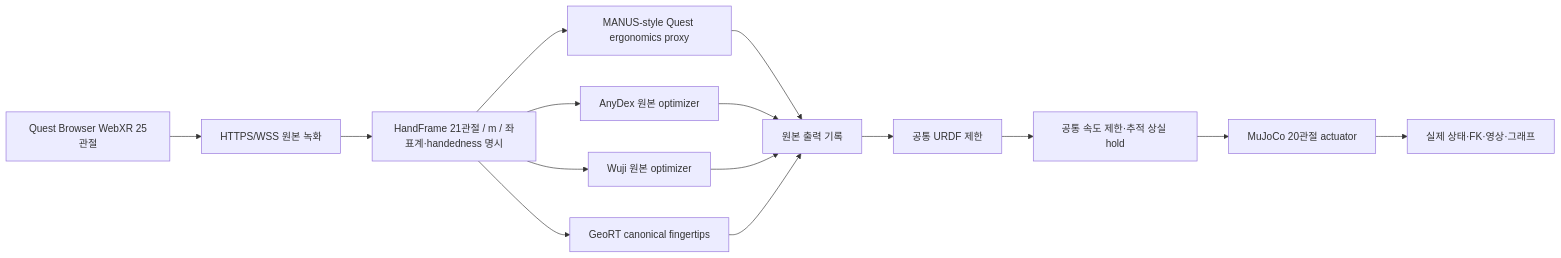
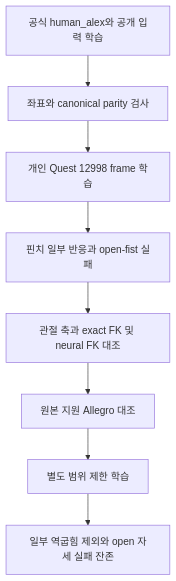
The second of 2 diagrams in README.md (Seungtae451/hand_teleoperation), drawn with Mermaid before and after one commit. The commit also changed other lines of this file, not shown here.

````diff
--- a/README.md
+++ b/README.md
@@ -191,17 +632,10 @@
 ```mermaid
-flowchart LR
-    Q[Quest Browser WebXR 25관절] --> R[HTTPS/WSS 원본 녹화]
-    R --> H[HandFrame 21관절 / m / 좌표계·handedness 명시]
-    H --> A[MANUS-style Quest ergonomics proxy]
-    H --> B[AnyDex 원본 optimizer]
-    H --> C[Wuji 원본 optimizer]
-    H --> D[GeoRT canonical fingertips]
-    A --> O[원본 출력 기록]
-    B --> O
-    C --> O
-    D --> O
-    O --> L[공통 URDF 제한]
-    L --> S[공통 속도 제한·추적 상실 hold]
-    S --> M[MuJoCo 20관절 actuator]
-    M --> V[실제 상태·FK·영상·그래프]
+flowchart TD
+ A[공식 human_alex와 공개 입력 학습] --> B[좌표와 canonical parity 검사]
+ B --> C[개인 Quest 12998 frame 학습]
+ C --> D[핀치 일부 반응과 open-fist 실패]
+ D --> E[관절 축과 exact FK 및 neural FK 대조]
+ E --> F[원본 지원 Allegro 대조]
+ F --> G[별도 범위 제한 학습]
+ G --> H[일부 역굽힘 제외와 open 자세 실패 잔존]
 ```
````
